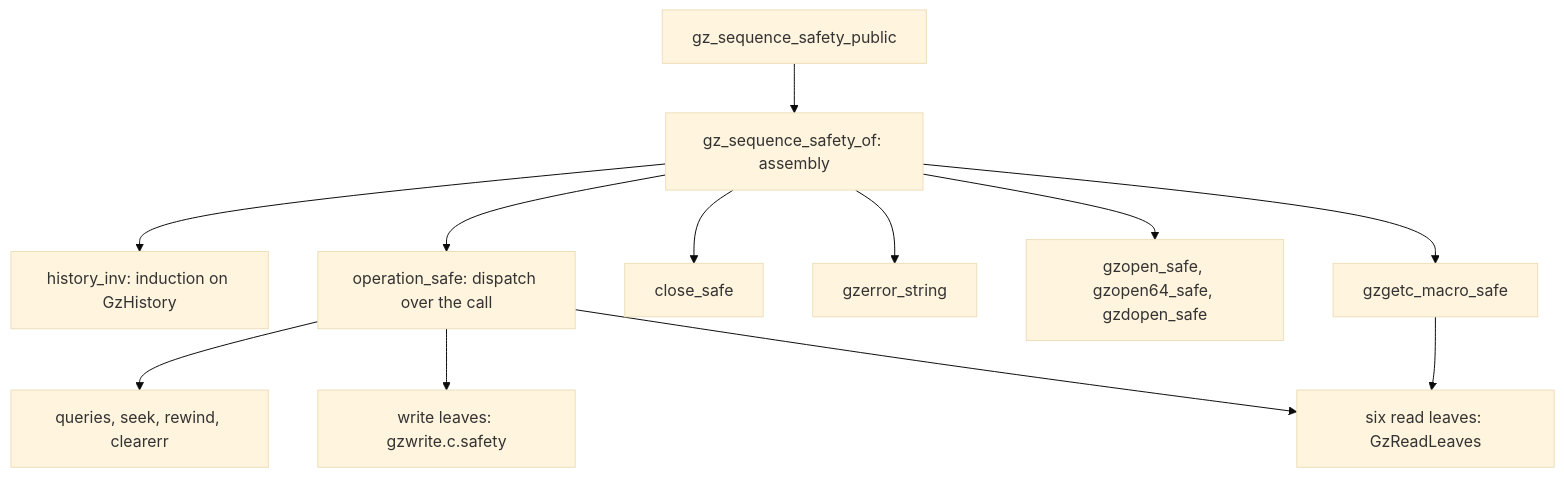
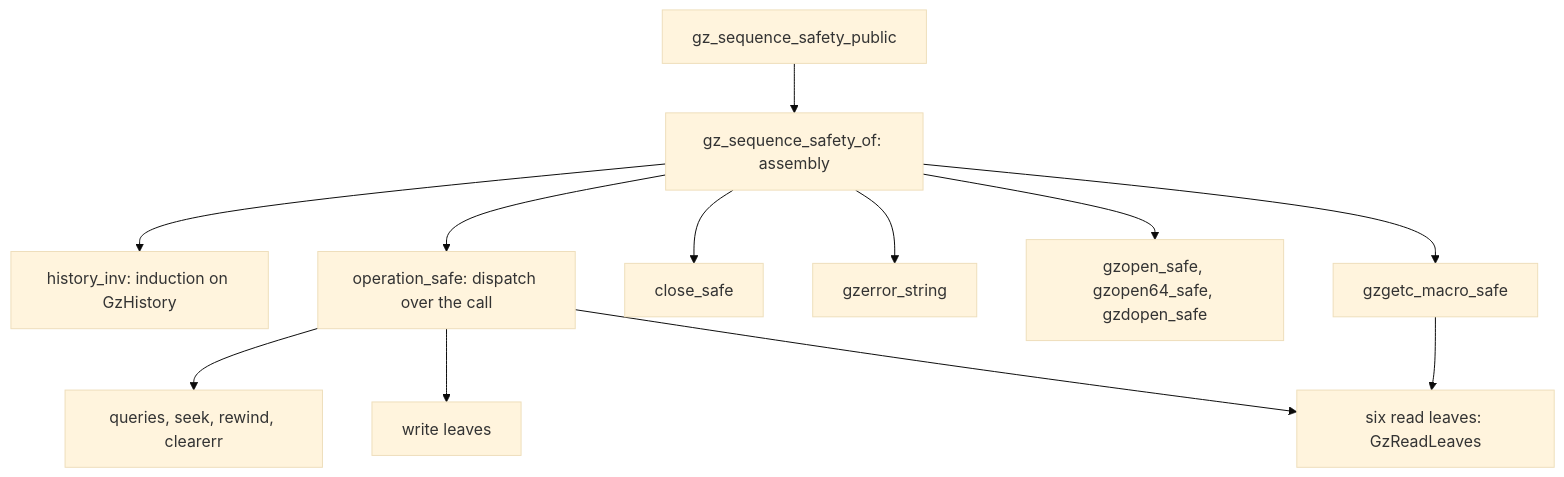
Before and after one commit to cla7aye15I4nd/oss-proof: the first of 2 diagrams in docs/proof/gzip.md, drawn with Mermaid (base theme). The commit also changed other lines of this file and 35 other files, not shown here.

````diff
--- a/docs/proof/gzip.md
+++ b/docs/proof/gzip.md
@@ -231,14 +224,14 @@
 ```mermaid
 flowchart TD
     G["gz_sequence_safety_public"] --> A["gz_sequence_safety_of: assembly"]
     A --> H["history_inv: induction on GzHistory"]
     A --> O["operation_safe: dispatch over the call"]
     A --> C["close_safe"]
     A --> E["gzerror_string"]
     A --> P["gzopen_safe, gzopen64_safe, gzdopen_safe"]
     O --> Q["queries, seek, rewind, clearerr"]
-    O --> W["write leaves: gzwrite.c.safety"]
+    O --> W["write leaves"]
     O --> R["six read leaves: GzReadLeaves"]
     A --> M["gzgetc_macro_safe"]
     M --> R
 ```
````
